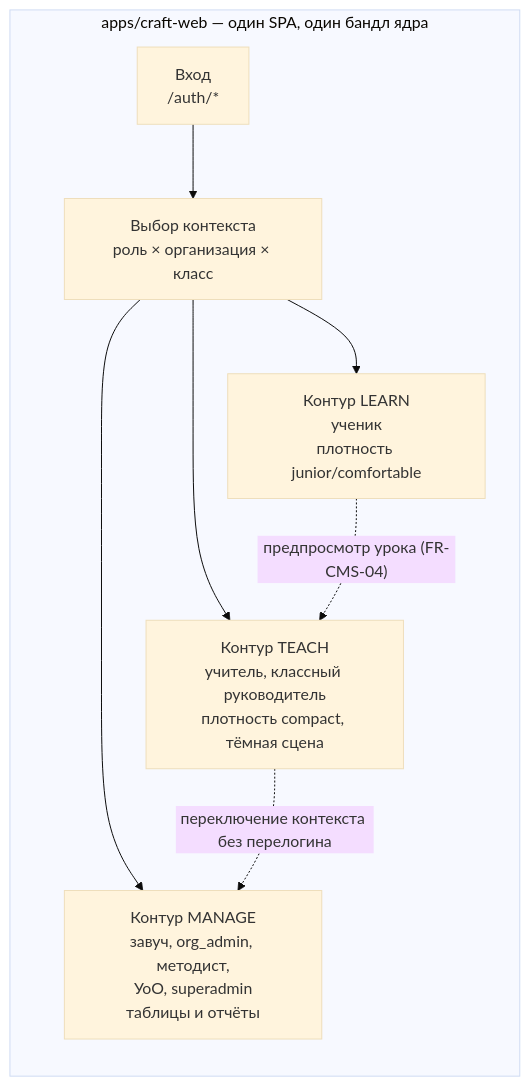
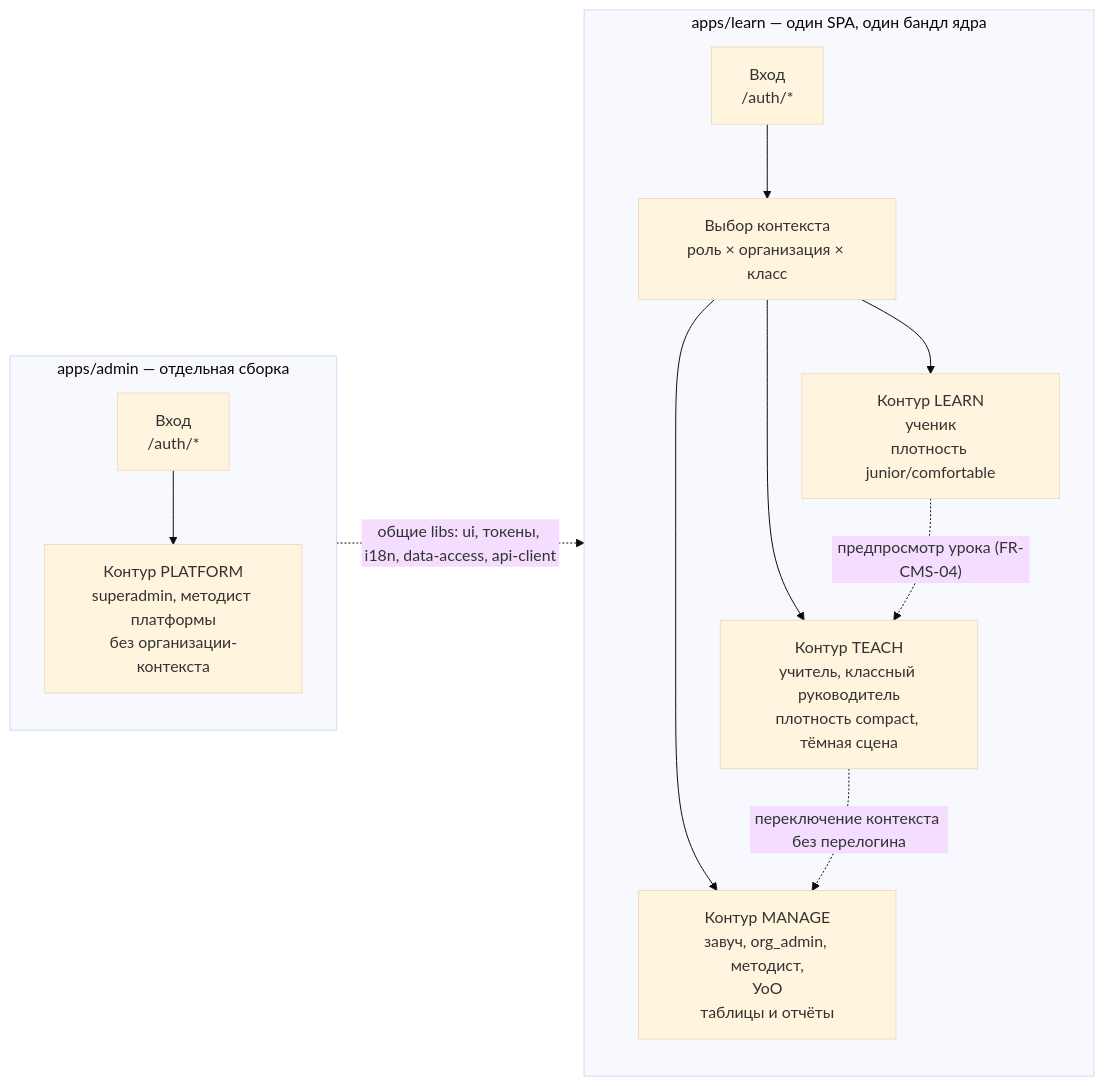
The first of 2 diagrams in docs/plan/05-kabinet-craft-web.md (takarka/ai-sana), drawn with Mermaid (base theme) before and after one commit. The commit also changed other lines of this file and 21 other files, not shown here.

First line of the commit message:
docs: привести документацию в соответствие с разделением на admin и learn

````diff
--- a/docs/plan/05-kabinet-craft-web.md
+++ b/docs/plan/05-kabinet-craft-web.md
@@ -83,14 +93,20 @@
 ```mermaid
 flowchart LR
-    subgraph App["apps/craft-web — один SPA, один бандл ядра"]
+    subgraph Learn["apps/learn — один SPA, один бандл ядра"]
         AUTH["Вход<br/>/auth/*"]
         CTX["Выбор контекста<br/>роль × организация × класс"]
         LEARN["Контур LEARN<br/>ученик<br/>плотность junior/comfortable"]
         TEACH["Контур TEACH<br/>учитель, классный руководитель<br/>плотность compact, тёмная сцена"]
-        MANAGE["Контур MANAGE<br/>завуч, org_admin, методист,<br/>УоО, superadmin<br/>таблицы и отчёты"]
+        MANAGE["Контур MANAGE<br/>завуч, org_admin, методист,<br/>УоО<br/>таблицы и отчёты"]
+    end
+    subgraph Admin["apps/admin — отдельная сборка"]
+        PAUTH["Вход<br/>/auth/*"]
+        PLATFORM["Контур PLATFORM<br/>superadmin, методист платформы<br/>без организации-контекста"]
     end
     AUTH --> CTX
     CTX --> LEARN & TEACH & MANAGE
     LEARN -. "предпросмотр урока (FR-CMS-04)" .-> TEACH
     TEACH -. "переключение контекста без перелогина" .-> MANAGE
+    PAUTH --> PLATFORM
+    Admin -. "общие libs: ui, токены, i18n, data-access, api-client" .-> Learn
 ```
````
